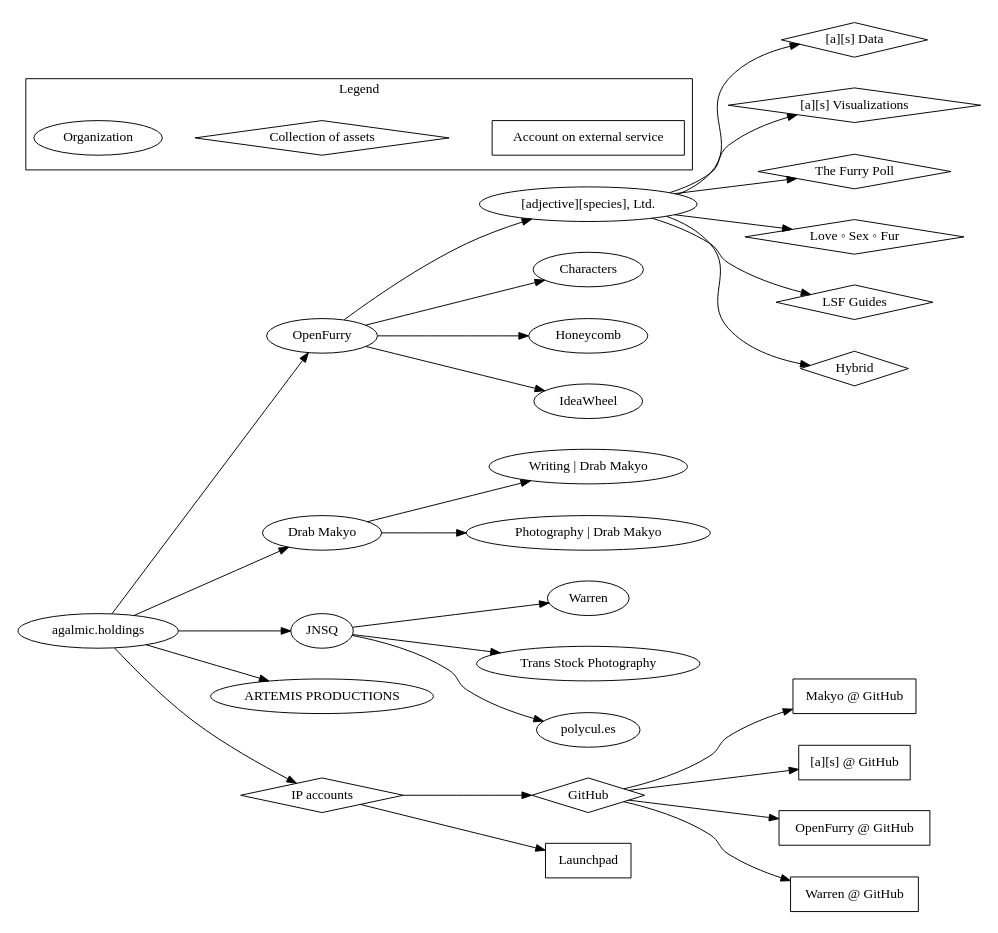
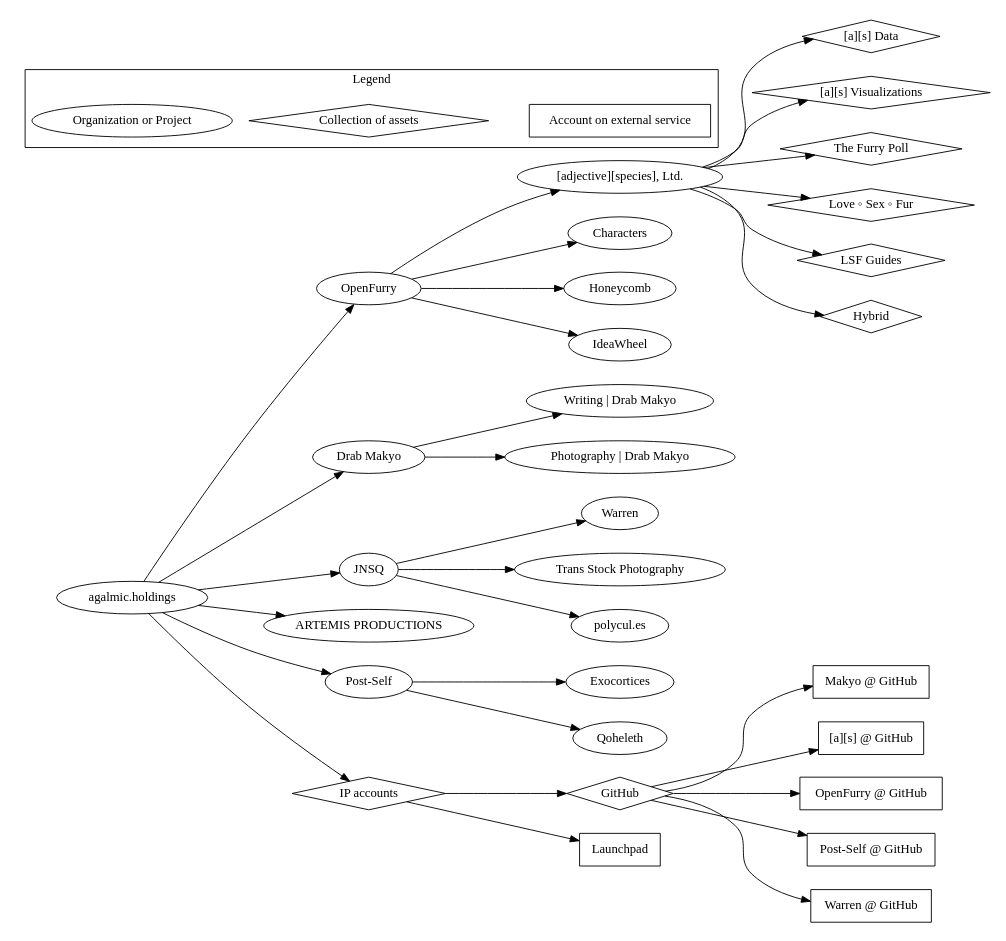
Before and after one commit to makyo/agalmic.holdings: the diagram in assets.dot, drawn with Graphviz. The commit also changed 3 other files, not shown here.

Commit message:
Add post-self

```diff
--- a/assets.dot
+++ b/assets.dot
@@ -1,99 +1,111 @@
 digraph agalmic_holdings {
 	graph [rankdir="LR" size="7.5,7" ratio="fill"]
 	node [fontname="Antykwa Torunska"]
 
 	"agalmic.holdings" [URL="http://agalmic.holdings"]
 
 	"OpenFurry" [URL="http://openfurry.org"]
 	"agalmic.holdings" -> "OpenFurry"
 
 		as [URL="http://adjectivespecies.com" label="[adjective][species], Ltd."]
 		"OpenFurry" -> as
 
 			"[a][s] Data" [shape="diamond" URL="http://adjectivespecies.com"]
 			as -> "[a][s] Data"
 
 			"[a][s] Visualizations" [shape="diamond" URL="http://vis.adjectivespecies.com"]
 			as -> "[a][s] Visualizations"
 
 			"The Furry Poll" [shape="diamond" URL="https://furrypoll.com"]
 			as -> "The Furry Poll"
 
 			"Love ◦ Sex ◦ Fur" [shape="diamond" URL="http://lovesexfur.com"]
 			as -> "Love ◦ Sex ◦ Fur"
 
 			"LSF Guides" [shape="diamond" URL="http://guides.lovesexfur.com"]
 			as -> "LSF Guides"
 
 			"Hybrid" [shape="diamond" URL="http://hybrid.ink"]
 			as -> "Hybrid"
 
 		"Characters" [URL="http://characters.openfurry.org"]
 		"OpenFurry" -> "Characters"
 
 		"Honeycomb" [URL="https://honeycomb.cafe"]
 		"OpenFurry" -> "Honeycomb"
 
 		"IdeaWheel" [URL="http://ideas.openfurry.org"]
 		"OpenFurry" -> "IdeaWheel"
 
 	"Drab Makyo" [URL="http://drab-makyo.com"]
 	"agalmic.holdings" -> "Drab Makyo"
 
 		"Writing | Drab Makyo" [URL="http://writing.drab-makyo.com"]
 		"Drab Makyo" -> "Writing | Drab Makyo"
 
 		"Photography | Drab Makyo" [URL="http://makyo.photography"]
 		"Drab Makyo" -> "Photography | Drab Makyo"
 
 	"JNSQ" [URL="http://jnsq.us"]
 	"agalmic.holdings" -> "JNSQ"
 
 		"Warren" [URL="https://warren.community"]
 		"JNSQ" -> "Warren"
 
 		"Trans Stock Photography" [URL="http://transstock.photography"]
 		"JNSQ" -> "Trans Stock Photography"
 
 		"polycul.es" [URL="http://polycul.es"]
 		"JNSQ" -> "polycul.es"
 
 	"ARTEMIS PRODUCTIONS" [URL="http://artemis.productions"]
 	"agalmic.holdings" -> "ARTEMIS PRODUCTIONS"
 
+	"Post-Self" [URL="http://post-self.io"]
+	"agalmic.holdings" -> "Post-Self"
+
+		"Exocortices" [URL="http://exocortic.es"]
+		"Post-Self" -> "Exocortices"
+
+		"Qoheleth"
+		"Post-Self" -> "Qoheleth"
+
 	"IP accounts" [shape="diamond"]
 	"agalmic.holdings" -> "IP accounts"
 
 		"GitHub" [shape="diamond"]
 		"IP accounts" -> "GitHub"
 
 			"Makyo @ GitHub" [URL="https://github.com/makyo" shape="rect"]
 			"GitHub" -> "Makyo @ GitHub"
 
 			"[a][s] @ GitHub" [URL="https://github.com/adjspecies" shape="rect"]
 			"GitHub" -> "[a][s] @ GitHub"
 
 			"OpenFurry @ GitHub" [URL="https://github.com/openfurry" shape="rect"]
 			"GitHub" -> "OpenFurry @ GitHub"
 
+			"Post-Self @ GitHub" [URL="https://github.com/post-self" shape="rect"]
+			"GitHub" -> "Post-Self @ GitHub"
+
 			"Warren @ GitHub" [URL="https://github.com/warren-community" shape="rect"]
 			"GitHub" -> "Warren @ GitHub"
 
 		"Launchpad" [URL="https://launchpad.net/~makyo" shape="rect"]
 		"IP accounts" -> "Launchpad"
 
 	subgraph cluster {
-		label = "Legend"
-		ranksep = ".1"
-		rankdir = "LR"
+		label="Legend"
+		ranksep=".1"
+		rankdir="TB"
 		edge [style="invis"]
 
-		"Organization"
+		"Organization or Project"
 
 		"Collection of assets" [shape="diamond"]
 
 		"Account on external service" [shape="rect"]
 
-		"Organization" -> "Collection of assets" -> "Account on external service"
+		"Organization or Project" -> "Collection of assets" -> "Account on external service"
 	}
 }
```
